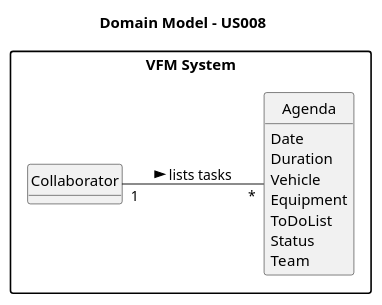
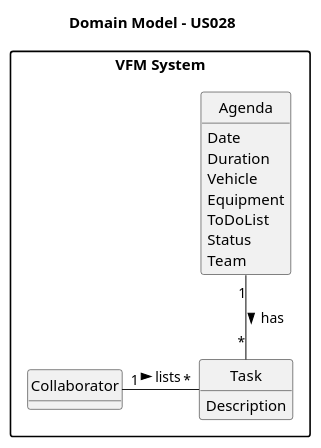
One commit to SAEmanuel/Green_Spaces_Management_ISEP changed the diagram in docs/sprintC/us028/02.analysis/puml/us028-domain-model.puml. Above: the diagram before and after it, drawn with PlantUML. The commit also changed 9 other files, not shown here.

```diff
--- a/docs/sprintC/us028/02.analysis/puml/us028-domain-model.puml
+++ b/docs/sprintC/us028/02.analysis/puml/us028-domain-model.puml
@@ -1,41 +1,46 @@
 @startuml
 skinparam monochrome true
 skinparam packageStyle rectangle
 skinparam shadowing false
 
-left to right direction
+'left to right direction
 
 skinparam classAttributeIconSize 0
 
 hide circle
 hide methods
 package "VFM System" {
 
-title Domain Model - US008
+title Domain Model - US028
 
 
 
 class Collaborator {
 }
 
 class Agenda {
          Date
          Duration
          Vehicle
          Equipment
          ToDoList
          Status
          Team
 }
 
+class Task{
+        Description
+}
 
 
 
 
-Collaborator "1" -- "*" Agenda : lists tasks >
+
+Collaborator "1" - "*" Task : lists >
+Agenda "1" -- "*" Task : has >
 
 
 
 
 
 @enduml
```
